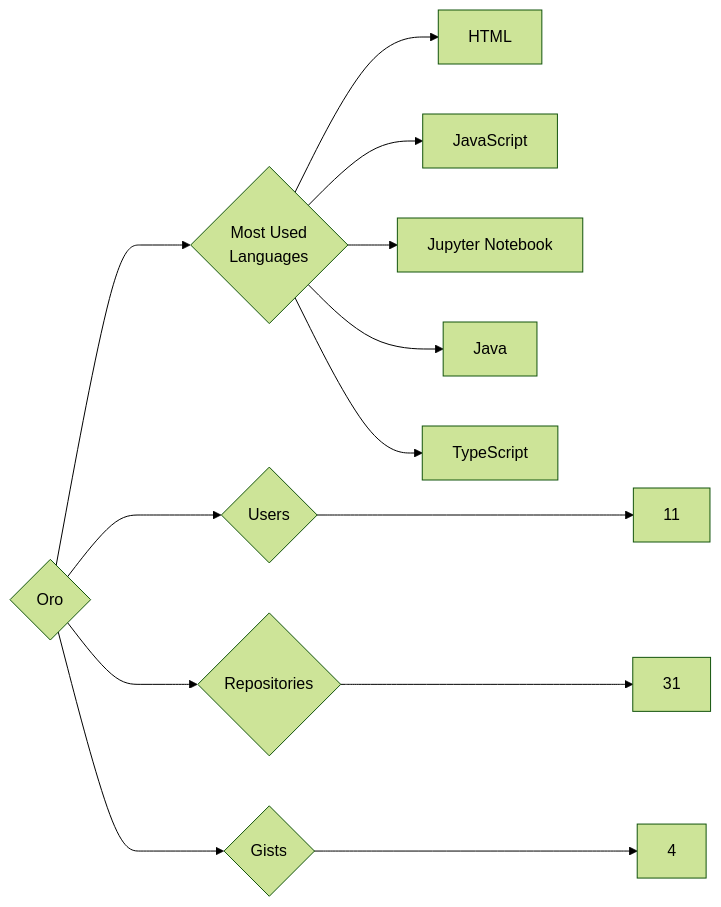
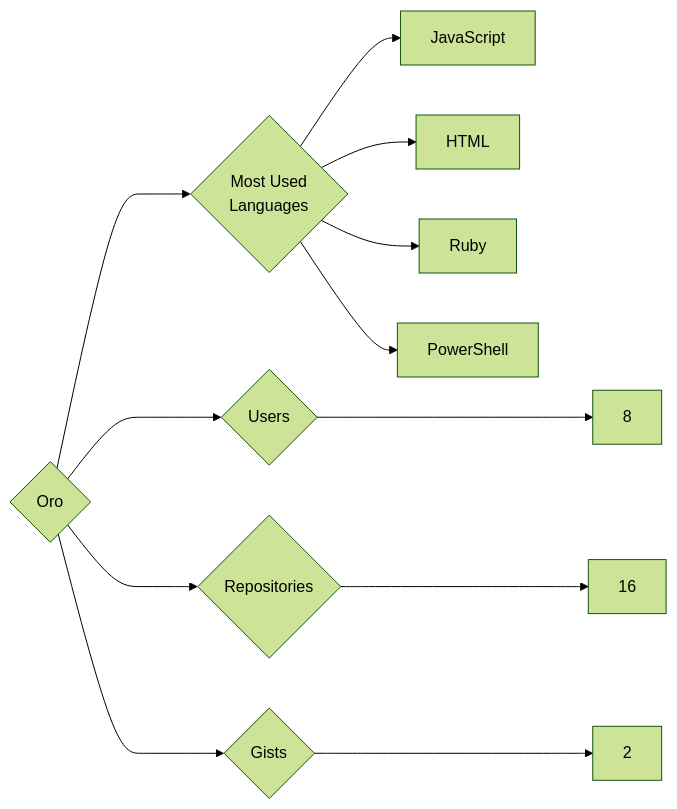
One commit to trickest/insiders changed the diagram in targets/Oro/README.md. Above: the diagram before and after it, drawn with Mermaid (forest theme). The commit also changed 955 other files, not shown here.

````diff
--- a/targets/Oro/README.md
+++ b/targets/Oro/README.md
@@ -3,13 +3,12 @@
 ```mermaid
 graph LR
 COMPANY_NAME{Oro}
-COMPANY_NAME ---> U{Users} ---> UN[11]
-COMPANY_NAME ---> R{Repositories} ---> RN[31]
-COMPANY_NAME ---> G{Gists} ---> GN[4]
+COMPANY_NAME ---> U{Users} ---> UN[8]
+COMPANY_NAME ---> R{Repositories} ---> RN[16]
+COMPANY_NAME ---> G{Gists} ---> GN[2]
 COMPANY_NAME ---> ML{Most Used<br>Languages}
+ML --> JavaScript[JavaScript]
 ML --> HTML[HTML]
-ML --> JavaScript[JavaScript]
-ML --> Jupyter_Notebook[Jupyter Notebook]
-ML --> Java[Java]
-ML --> TypeScript[TypeScript]
+ML --> Ruby[Ruby]
+ML --> PowerShell[PowerShell]
 ```
````
